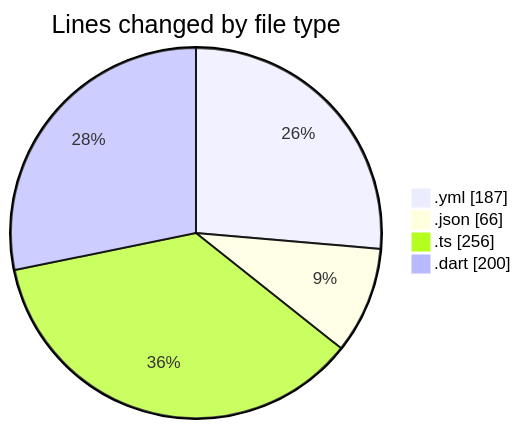
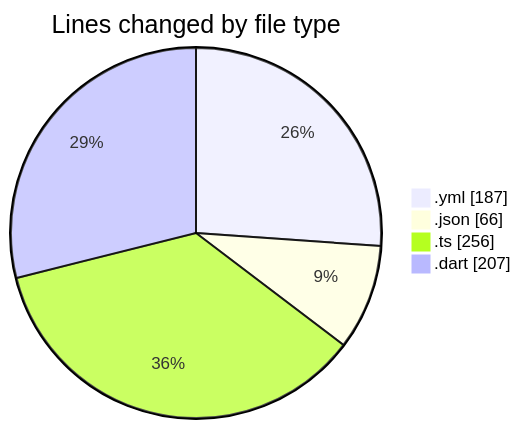
One commit to donsfak/code-tracking changed the first of 2 diagrams in 2025-02-10/maps_clone/README.md. Above: the diagram before and after it, drawn with Mermaid. The commit also changed other lines of this file and 1 other file, not shown here.

````diff
--- a/2025-02-10/maps_clone/README.md
+++ b/2025-02-10/maps_clone/README.md
@@ -27,8 +27,8 @@
 ```mermaid
 pie showData
 title Lines changed by file type
 ".yml" : 187
 ".json" : 66
 ".ts" : 256
-".dart" : 200
+".dart" : 207
 ```
````
